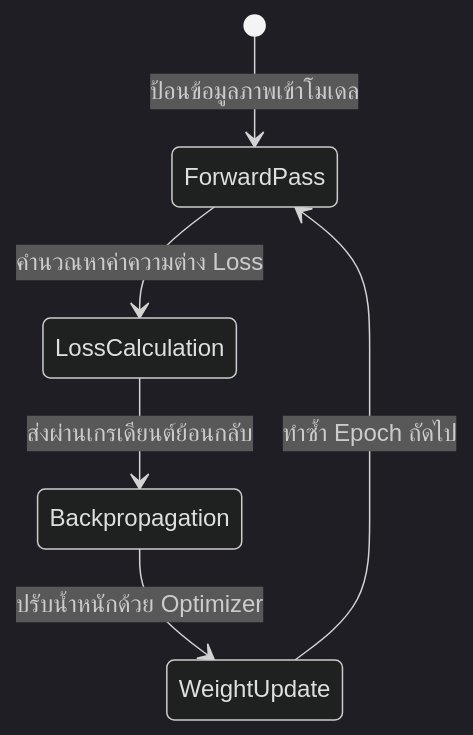
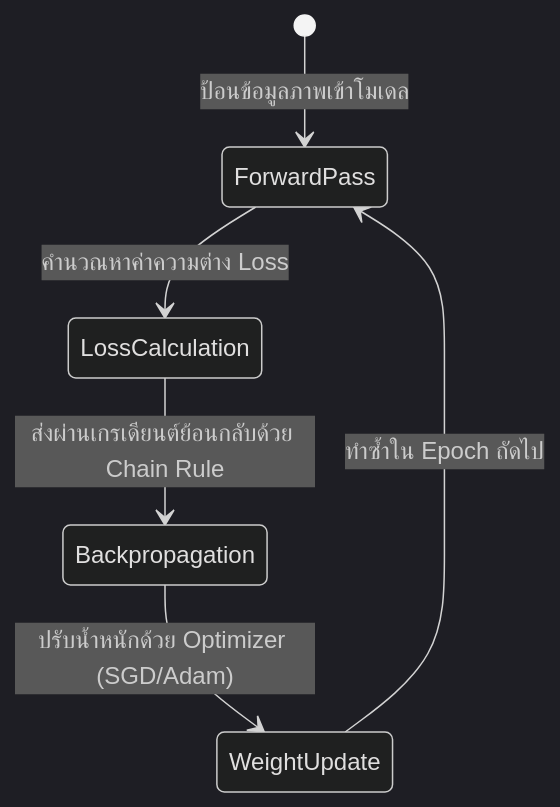
One commit to PichyyyNews/image-processing changed the fifth of 5 diagrams in week9_detailed_guide.md. Above: the diagram before and after it, drawn with Mermaid (dark theme). The commit also changed other lines of this file and 6 other files, not shown here.

````diff
--- a/week9_detailed_guide.md
+++ b/week9_detailed_guide.md
@@ -110,8 +191,8 @@
 ```mermaid
 stateDiagram-v2
     [*] --> ForwardPass : ป้อนข้อมูลภาพเข้าโมเดล
     ForwardPass --> LossCalculation : คำนวณหาค่าความต่าง Loss
-    LossCalculation --> Backpropagation : ส่งผ่านเกรเดียนต์ย้อนกลับ
-    Backpropagation --> WeightUpdate : ปรับน้ำหนักด้วย Optimizer
-    WeightUpdate --> ForwardPass : ทำซ้ำ Epoch ถัดไป
+    LossCalculation --> Backpropagation : ส่งผ่านเกรเดียนต์ย้อนกลับด้วย Chain Rule
+    Backpropagation --> WeightUpdate : ปรับน้ำหนักด้วย Optimizer (SGD/Adam)
+    WeightUpdate --> ForwardPass : ทำซ้ำใน Epoch ถัดไป
 ```
````
